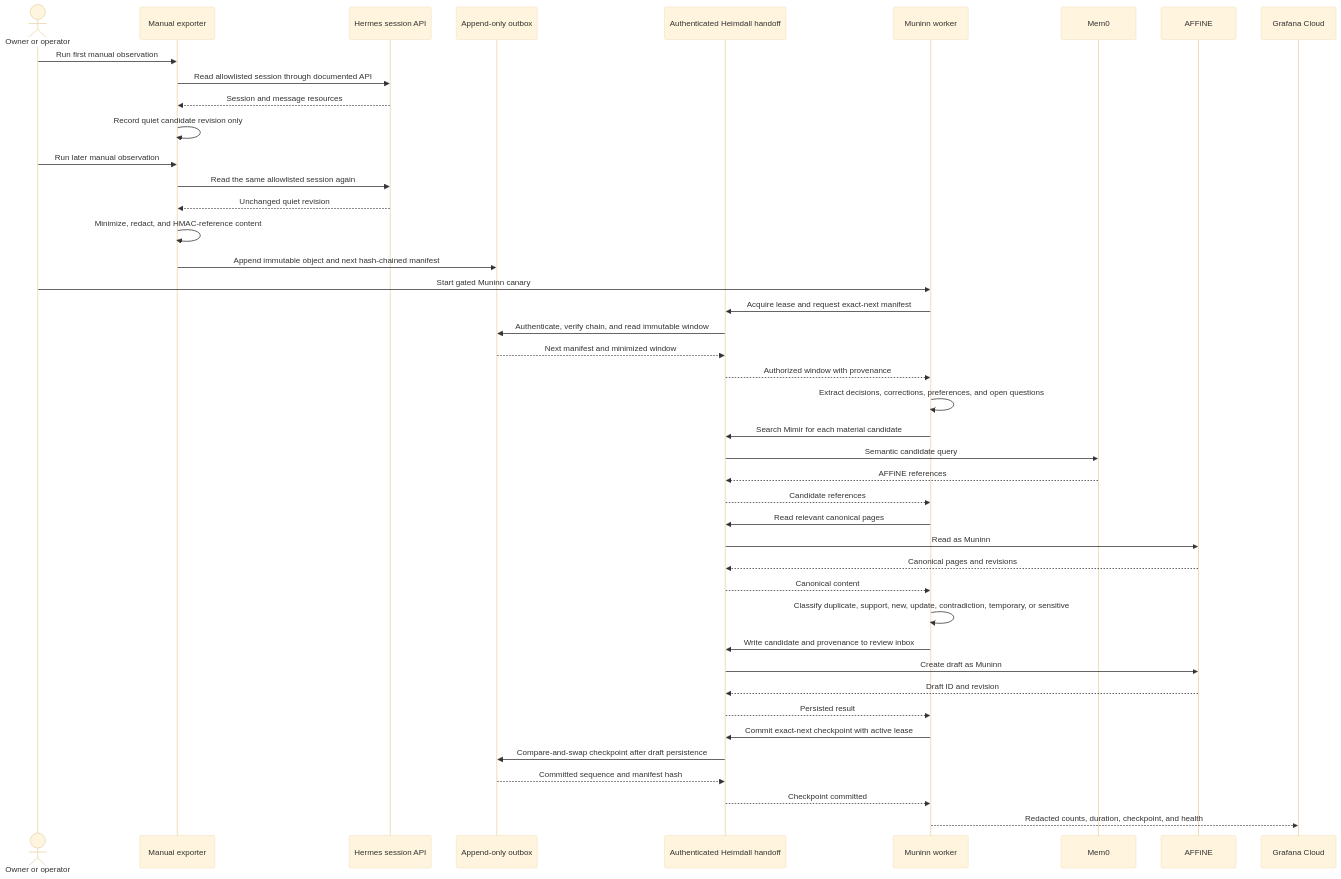
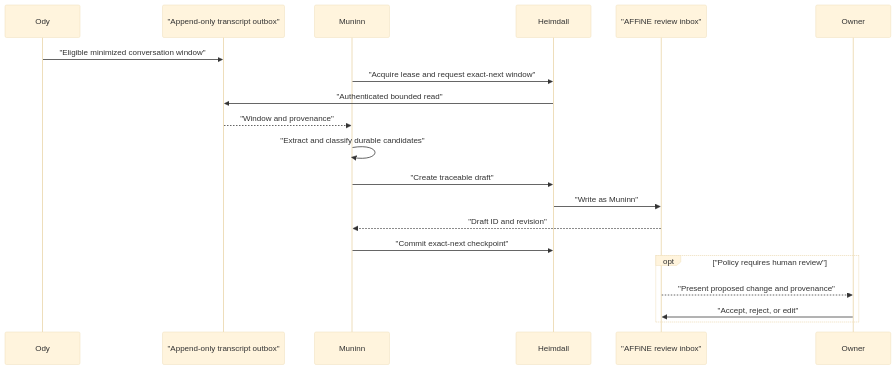
One commit to wan0net/asgard changed the third of 7 diagrams in docs/data-flows.md. Above: the diagram before and after it, drawn with Mermaid (base theme). The commit also changed other lines of this file and 4 other files, not shown here.

Commit message:
Simplify architecture flows and approvals

````diff
--- a/docs/data-flows.md
+++ b/docs/data-flows.md
@@ -254,46 +90,23 @@
 ```mermaid
 sequenceDiagram
-    actor R as Owner or operator
-    participant E as Manual exporter
-    participant S as Hermes session API
-    participant O as Append-only outbox
-    participant H as Authenticated Heimdall handoff
-    participant N as Muninn worker
-    participant M as Mem0
-    participant A as AFFiNE
-    participant G as Grafana Cloud
+    participant Ody
+    participant Outbox as "Append-only transcript outbox"
+    participant Muninn
+    participant Heimdall
+    participant AFFiNE as "AFFiNE review inbox"
+    participant Owner
 
-    R->>E: Run first manual observation
-    E->>S: Read allowlisted session through documented API
-    S-->>E: Session and message resources
-    E->>E: Record quiet candidate revision only
-    R->>E: Run later manual observation
-    E->>S: Read the same allowlisted session again
-    S-->>E: Unchanged quiet revision
-    E->>E: Minimize, redact, and HMAC-reference content
-    E->>O: Append immutable object and next hash-chained manifest
-    R->>N: Start gated Muninn canary
-    N->>H: Acquire lease and request exact-next manifest
-    H->>O: Authenticate, verify chain, and read immutable window
-    O-->>H: Next manifest and minimized window
-    H-->>N: Authorized window with provenance
-    N->>N: Extract decisions, corrections, preferences, and open questions
-    N->>H: Search Mimir for each material candidate
-    H->>M: Semantic candidate query
-    M-->>H: AFFiNE references
-    H-->>N: Candidate references
-    N->>H: Read relevant canonical pages
-    H->>A: Read as Muninn
-    A-->>H: Canonical pages and revisions
-    H-->>N: Canonical content
-    N->>N: Classify duplicate, support, new, update, contradiction, temporary, or sensitive
-    N->>H: Write candidate and provenance to review inbox
-    H->>A: Create draft as Muninn
-    A-->>H: Draft ID and revision
-    H-->>N: Persisted result
-    N->>H: Commit exact-next checkpoint with active lease
-    H->>O: Compare-and-swap checkpoint after draft persistence
-    O-->>H: Committed sequence and manifest hash
-    H-->>N: Checkpoint committed
-    N-->>G: Redacted counts, duration, checkpoint, and health
+    Ody->>Outbox: "Eligible minimized conversation window"
+    Muninn->>Heimdall: "Acquire lease and request exact-next window"
+    Heimdall->>Outbox: "Authenticated bounded read"
+    Outbox-->>Muninn: "Window and provenance"
+    Muninn->>Muninn: "Extract and classify durable candidates"
+    Muninn->>Heimdall: "Create traceable draft"
+    Heimdall->>AFFiNE: "Write as Muninn"
+    AFFiNE-->>Muninn: "Draft ID and revision"
+    Muninn->>Heimdall: "Commit exact-next checkpoint"
+    opt "Policy requires human review"
+        AFFiNE-->>Owner: "Present proposed change and provenance"
+        Owner->>AFFiNE: "Accept, reject, or edit"
+    end
 ```
````
